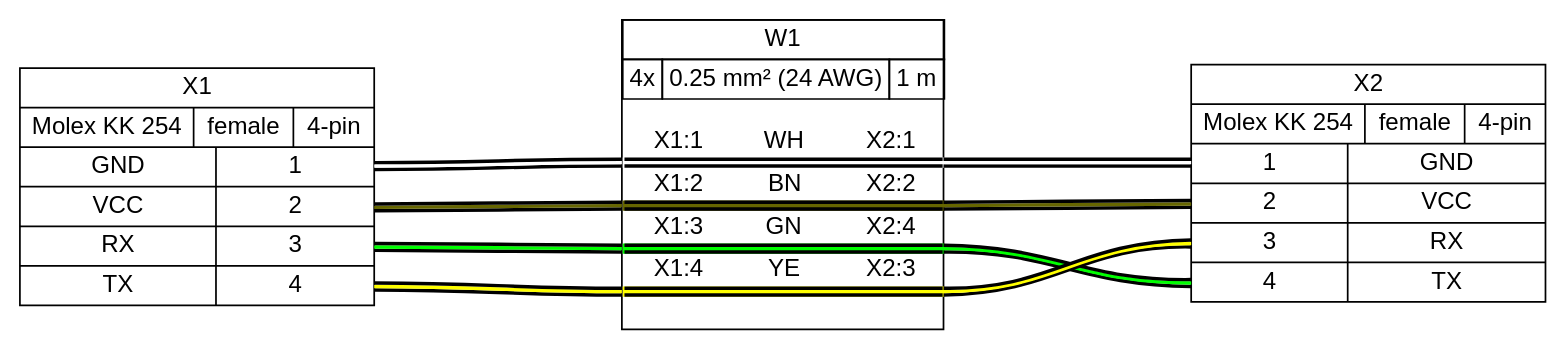
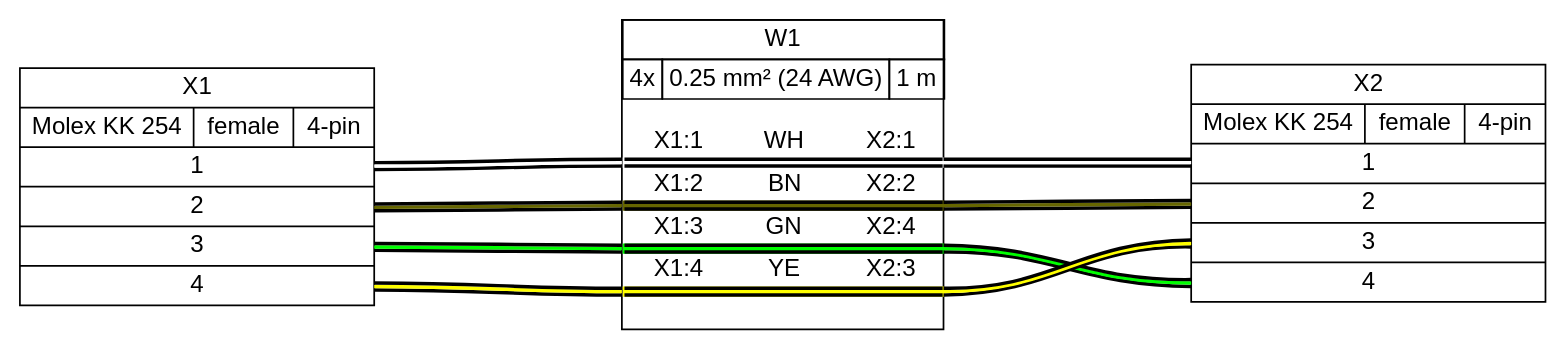
The diagram in tutorial/tutorial02.gv (wireviz/WireViz), drawn with Graphviz before and after one commit. The commit also changed 28 other files, not shown here.

```diff
--- a/tutorial/tutorial02.gv
+++ b/tutorial/tutorial02.gv
@@ -1,22 +1,22 @@
 graph {
 // Graph generated by WireViz
 // https://github.com/formatc1702/WireViz
 	graph [bgcolor=white fontname=arial nodesep=0.33 rankdir=LR ranksep=2]
 	node [fillcolor=white fontname=arial shape=record style=filled]
 	edge [fontname=arial style=bold]
-	X1 [label="X1|{Molex KK 254|female|4-pin}|{{GND|VCC|RX|TX}|{<p1r>1|<p2r>2|<p3r>3|<p4r>4}}"]
-	X2 [label="X2|{Molex KK 254|female|4-pin}|{{<p1l>1|<p2l>2|<p3l>3|<p4l>4}|{GND|VCC|RX|TX}}"]
+	X1 [label="X1|{Molex KK 254|female|4-pin}|{{<p1r>1|<p2r>2|<p3r>3|<p4r>4}}"]
+	X2 [label="X2|{Molex KK 254|female|4-pin}|{{<p1l>1|<p2l>2|<p3l>3|<p4l>4}}"]
 	edge [color="#000000:#ffffff:#000000"]
 	X1:p1r:e -- W1:w1:w
 	W1:w1:e -- X2:p1l:w
 	edge [color="#000000:#666600:#000000"]
 	X1:p2r:e -- W1:w2:w
 	W1:w2:e -- X2:p2l:w
 	edge [color="#000000:#00ff00:#000000"]
 	X1:p3r:e -- W1:w3:w
 	W1:w3:e -- X2:p4l:w
 	edge [color="#000000:#ffff00:#000000"]
 	X1:p4r:e -- W1:w4:w
 	W1:w4:e -- X2:p3l:w
 	W1 [label=<<table border="0" cellspacing="0" cellpadding="0"><tr><td><table border="0" cellspacing="0" cellpadding="3" cellborder="1"><tr><td colspan="3">W1</td></tr><tr><td>4x</td><td>0.25 mm² (24 AWG)</td><td>1 m</td></tr></table></td></tr><tr><td>&nbsp;</td></tr><tr><td><table border="0" cellspacing="0" cellborder="0"><tr><td>X1:1</td><td>WH</td><td>X2:1</td></tr><tr><td colspan="3" cellpadding="0" height="6" bgcolor="#ffffff" border="2" sides="tb" port="w1"></td></tr><tr><td>X1:2</td><td>BN</td><td>X2:2</td></tr><tr><td colspan="3" cellpadding="0" height="6" bgcolor="#666600" border="2" sides="tb" port="w2"></td></tr><tr><td>X1:3</td><td>GN</td><td>X2:4</td></tr><tr><td colspan="3" cellpadding="0" height="6" bgcolor="#00ff00" border="2" sides="tb" port="w3"></td></tr><tr><td>X1:4</td><td>YE</td><td>X2:3</td></tr><tr><td colspan="3" cellpadding="0" height="6" bgcolor="#ffff00" border="2" sides="tb" port="w4"></td></tr><tr><td>&nbsp;</td></tr></table></td></tr></table>> fillcolor=white margin=0 shape=box style=""]
 }
```
